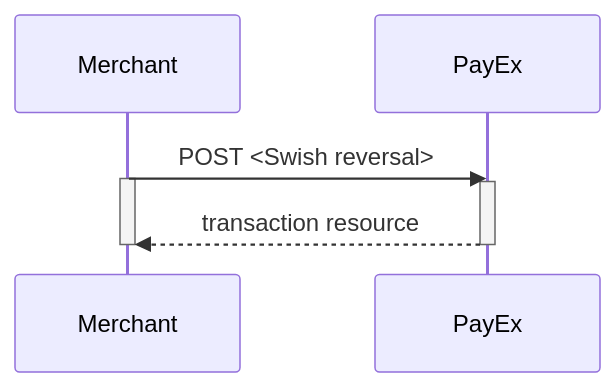
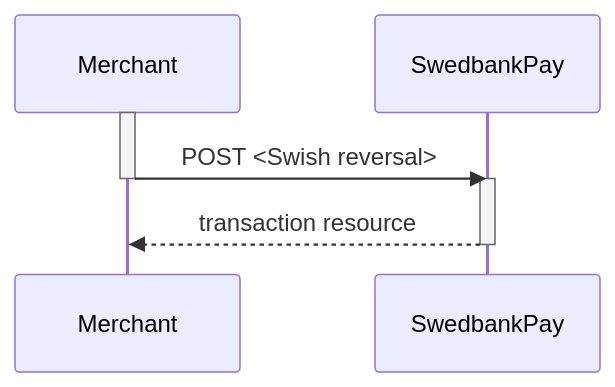
The fourth of 7 diagrams in payments/swish/index.md (SwedbankPay/developer.swedbankpay.com), drawn with Mermaid before and after one commit. The commit also changed other lines of this file and 4 other files, not shown here.

Commit message:
DX-415 Indent fix, typo fix, diagram fix

````diff
--- a/payments/swish/index.md
+++ b/payments/swish/index.md
@@ -353,9 +343,7 @@
 ```mermaid
 sequenceDiagram
-  Merchant->>PayEx: POST <Swish reversal>
-  Activate Merchant
-  Activate PayEx
-  PayEx-->>Merchant: transaction resource
-  Deactivate PayEx
-  Deactivate Merchant
+  activate Merchant
+  Merchant->>-SwedbankPay: POST <Swish reversal>
+  activate  SwedbankPay
+   SwedbankPay-->>-Merchant: transaction resource
 ```
````
